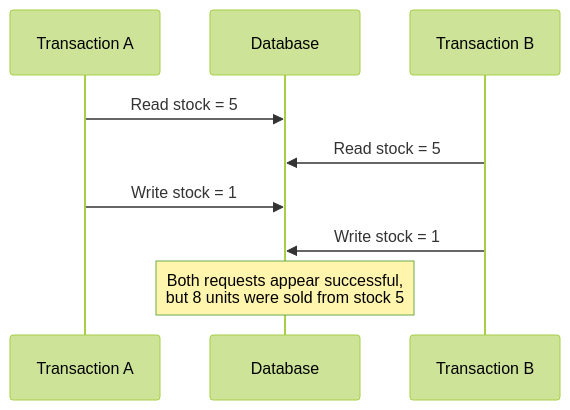
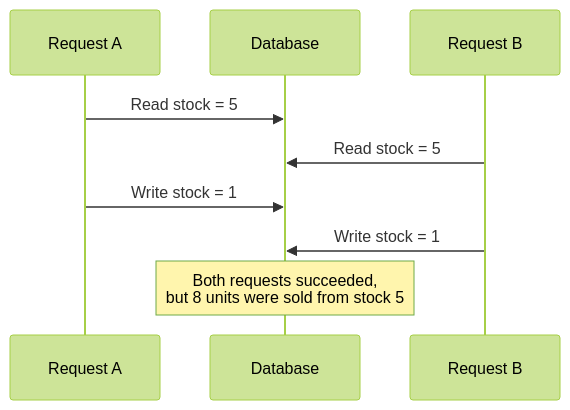
One commit to AvadhBhalodiya/Interview-Preparation changed the second of 4 diagrams in src/content/databases/locking-optimistic-pessimistic.md. Above: the diagram before and after it, drawn with Mermaid (forest theme). The commit also changed other lines of this file and 80 other files, not shown here.

````diff
--- a/src/content/databases/locking-optimistic-pessimistic.md
+++ b/src/content/databases/locking-optimistic-pessimistic.md
@@ -79,12 +44,12 @@
 ```mermaid
 sequenceDiagram
-    participant A as Transaction A
+    participant A as Request A
     participant DB as Database
-    participant B as Transaction B
+    participant B as Request B
 
     A->>DB: Read stock = 5
     B->>DB: Read stock = 5
     A->>DB: Write stock = 1
     B->>DB: Write stock = 1
-    Note over DB: Both requests appear successful,<br/>but 8 units were sold from stock 5
+    Note over DB: Both requests succeeded,<br/>but 8 units were sold from stock 5
 ```
````
